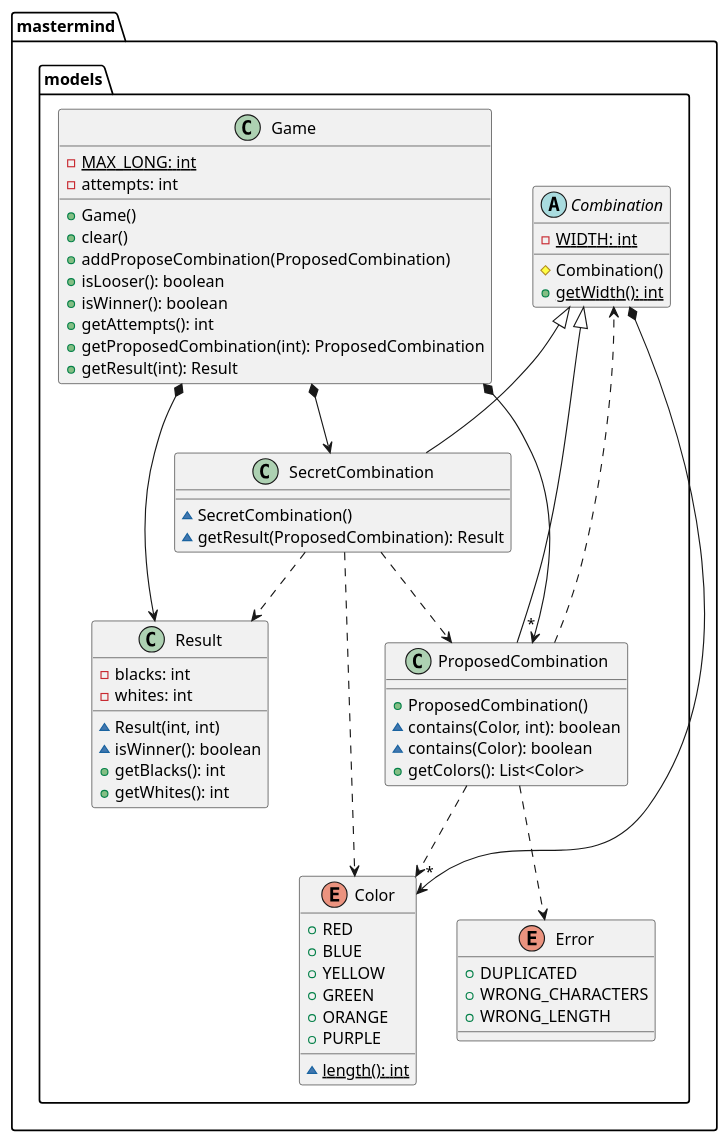
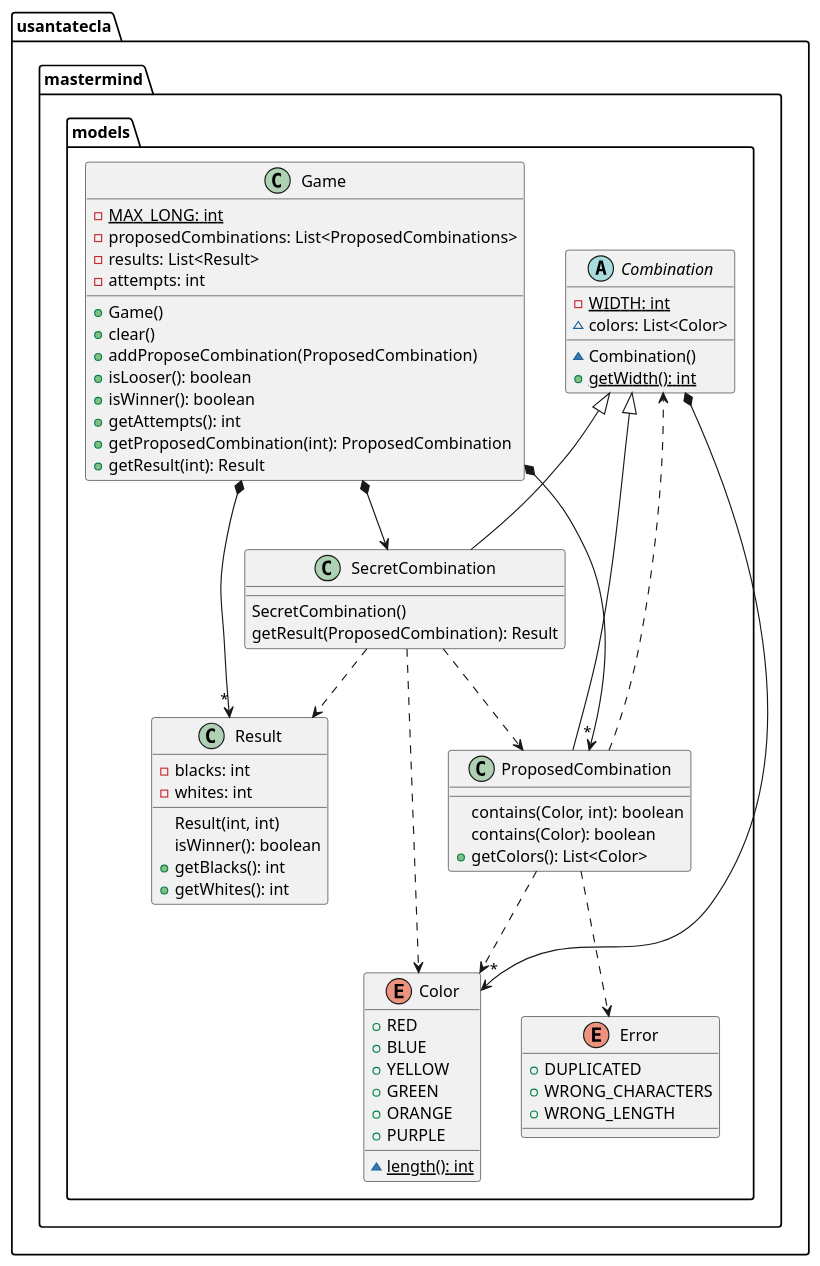
Before and after one commit to SantaTecla-mastermind/solution.java.swing.socket.sql: the fifth of 6 diagrams in documentView/withFactoryMethod/docs/diagrams/src/paquetes.plantuml, drawn with PlantUML. The commit also changed other lines of this file and 12 other files, not shown here.

Commit message:
DocumentView.WithFactoryMethod diagrams 2.0

```diff
--- a/documentView/withFactoryMethod/docs/diagrams/src/paquetes.plantuml
+++ b/documentView/withFactoryMethod/docs/diagrams/src/paquetes.plantuml
@@ -75,70 +294,72 @@
 @startuml mastermind.models
-enum mastermind.models.Color {
+enum usantatecla.mastermind.models.Color {
 + RED
 + BLUE
 + YELLOW
 + GREEN
 + ORANGE
 + PURPLE
 ~ {static} length(): int
 }
 
-abstract class mastermind.models.Combination {
+abstract class usantatecla.mastermind.models.Combination {
 - {static} WIDTH: int
-# Combination()
+~ colors: List<Color>
+~ Combination()
 + {static} getWidth(): int
 }
-mastermind.models.Combination *-down-> "*" mastermind.models.Color
+usantatecla.mastermind.models.Combination *-down-> "*" usantatecla.mastermind.models.Color
 
-enum mastermind.models.Error {
+enum usantatecla.mastermind.models.Error {
 + DUPLICATED
 + WRONG_CHARACTERS
 + WRONG_LENGTH
 }
 
-class mastermind.models.Game {
+class usantatecla.mastermind.models.Game {
 - {static} MAX_LONG: int
+- proposedCombinations: List<ProposedCombinations>
+- results: List<Result>
 - attempts: int
 + Game()
 + clear()
 + addProposeCombination(ProposedCombination)
 + isLooser(): boolean
 + isWinner(): boolean
 + getAttempts(): int
 + getProposedCombination(int): ProposedCombination
 + getResult(int): Result
 }
-mastermind.models.Game *-down-> mastermind.models.SecretCombination
-mastermind.models.Game *-down-> mastermind.models.Result
-mastermind.models.Game *-down-> "*" mastermind.models.ProposedCombination
+usantatecla.mastermind.models.Game *-down-> usantatecla.mastermind.models.SecretCombination
+usantatecla.mastermind.models.Game *-down-> "*" usantatecla.mastermind.models.Result
+usantatecla.mastermind.models.Game *-down-> "*" usantatecla.mastermind.models.ProposedCombination
 
-class mastermind.models.ProposedCombination {
-+ ProposedCombination()
-~ contains(Color, int): boolean
-~ contains(Color): boolean
+class usantatecla.mastermind.models.ProposedCombination {
+contains(Color, int): boolean
+contains(Color): boolean
 + getColors(): List<Color>
 }
-mastermind.models.Combination <|-down- mastermind.models.ProposedCombination
-mastermind.models.ProposedCombination ..> mastermind.models.Error
-mastermind.models.ProposedCombination ..> mastermind.models.Color
+usantatecla.mastermind.models.Combination <|-down- usantatecla.mastermind.models.ProposedCombination
+usantatecla.mastermind.models.ProposedCombination ..> usantatecla.mastermind.models.Error
+usantatecla.mastermind.models.ProposedCombination ..> usantatecla.mastermind.models.Color
 
-class mastermind.models.Result {
+class usantatecla.mastermind.models.Result {
 - blacks: int
 - whites: int
-~ Result(int, int)
-~ isWinner(): boolean
+Result(int, int)
+isWinner(): boolean
 + getBlacks(): int
 + getWhites(): int
 }
 
-mastermind.models.ProposedCombination ..> mastermind.models.Combination
+usantatecla.mastermind.models.ProposedCombination ..> usantatecla.mastermind.models.Combination
 
-class mastermind.models.SecretCombination {
-~ SecretCombination()
-~ getResult(ProposedCombination): Result
+class usantatecla.mastermind.models.SecretCombination {
+SecretCombination()
+getResult(ProposedCombination): Result
 }
-mastermind.models.Combination <|-down- mastermind.models.SecretCombination
-mastermind.models.SecretCombination ..> mastermind.models.Result
-mastermind.models.SecretCombination ..> mastermind.models.ProposedCombination
-mastermind.models.SecretCombination ..> mastermind.models.Color
+usantatecla.mastermind.models.Combination <|-down- usantatecla.mastermind.models.SecretCombination
+usantatecla.mastermind.models.SecretCombination ..> usantatecla.mastermind.models.Result
+usantatecla.mastermind.models.SecretCombination ..> usantatecla.mastermind.models.ProposedCombination
+usantatecla.mastermind.models.SecretCombination ..> usantatecla.mastermind.models.Color
 @enduml
```
